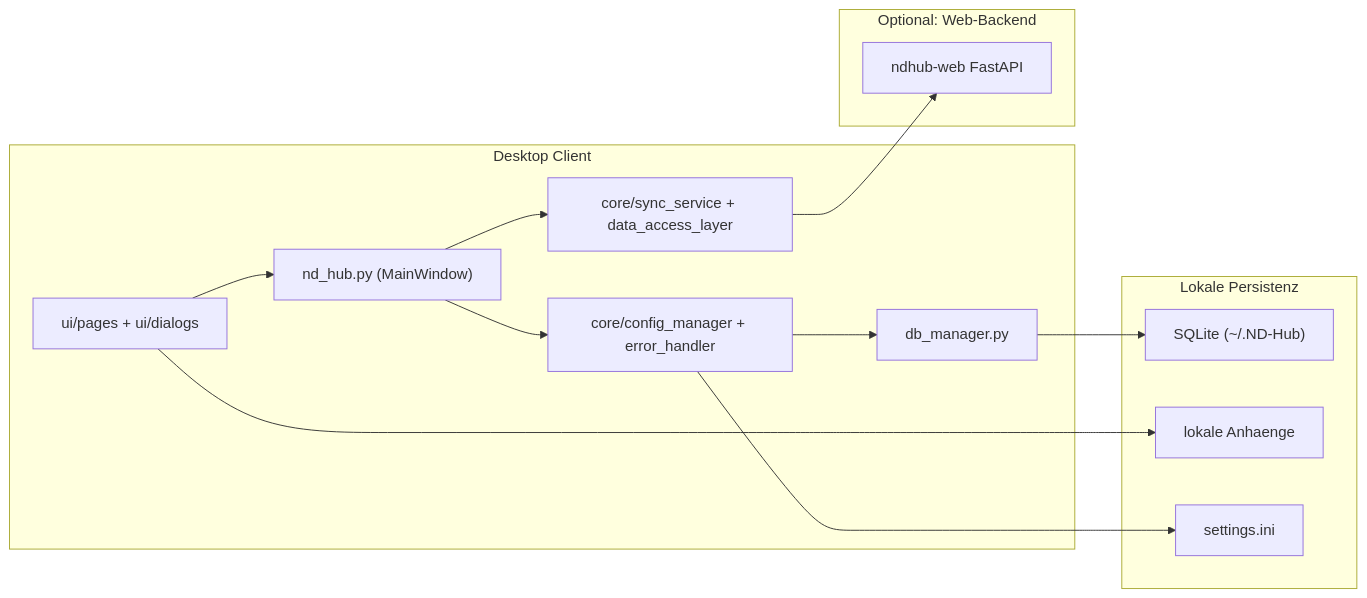
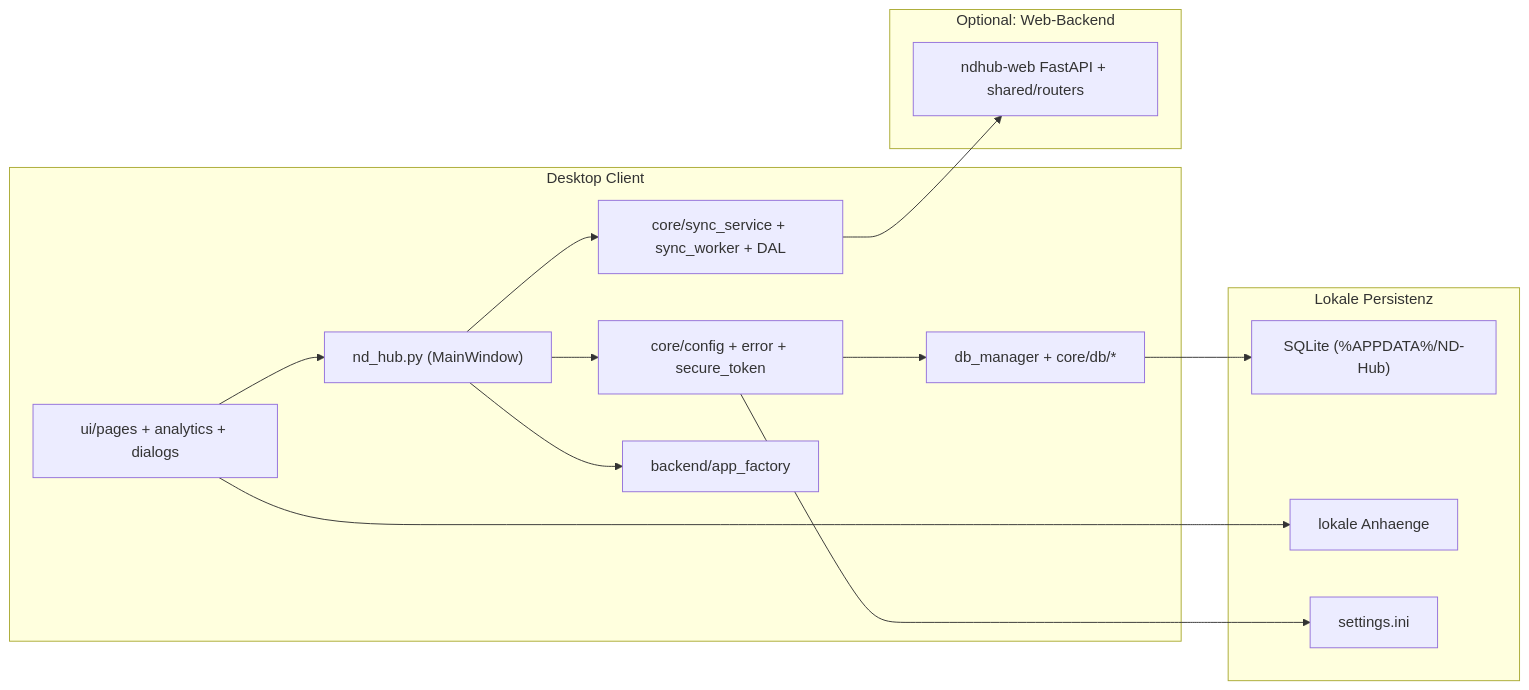
The diagram in docs/desktop-client/01-overview.md (QuasiniusQuaks/nd-hub), drawn with Mermaid before and after one commit. The commit also changed other lines of this file and 77 other files, not shown here.

````diff
--- a/docs/desktop-client/01-overview.md
+++ b/docs/desktop-client/01-overview.md
@@ -29,26 +31,28 @@
 ```mermaid
 flowchart LR
     subgraph desktopApp["Desktop Client"]
         ndhub["nd_hub.py (MainWindow)"]
-        ui["ui/pages + ui/dialogs"]
-        core["core/config_manager + error_handler"]
-        sync["core/sync_service + data_access_layer"]
-        dbm["db_manager.py"]
+        ui["ui/pages + analytics + dialogs"]
+        core["core/config + error + secure_token"]
+        sync["core/sync_service + sync_worker + DAL"]
+        dbm["db_manager + core/db/*"]
+        emb["backend/app_factory"]
     end
     subgraph local["Lokale Persistenz"]
-        sqliteFile["SQLite (~/.ND-Hub)"]
+        sqliteFile["SQLite (%APPDATA%/ND-Hub)"]
         attachments["lokale Anhaenge"]
         settings["settings.ini"]
     end
     subgraph remote["Optional: Web-Backend"]
-        api["ndhub-web FastAPI"]
+        api["ndhub-web FastAPI + shared/routers"]
     end
     ui --> ndhub
     ndhub --> core
     core --> dbm
     dbm --> sqliteFile
     ndhub --> sync
     sync --> api
+    ndhub --> emb
     core --> settings
     ui --> attachments
 ```
````
